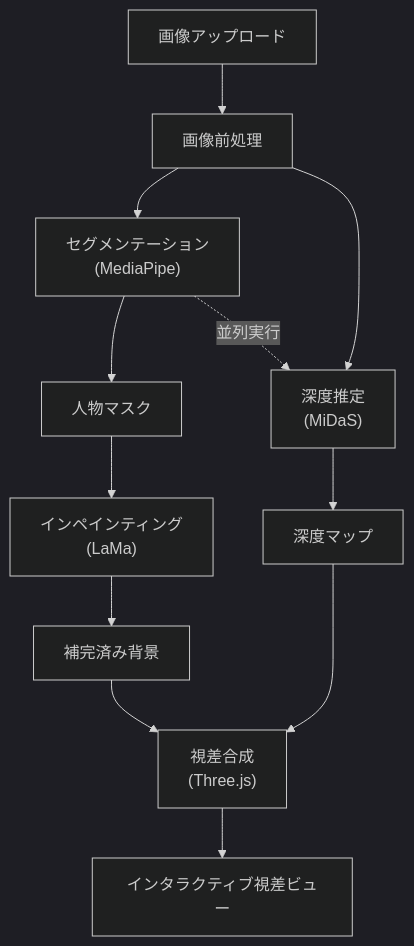
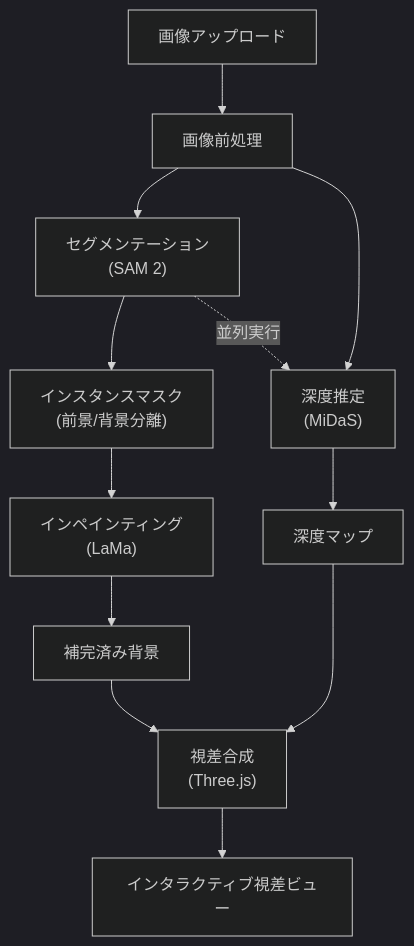
Before and after one commit to antaku66/parallax-image-generator: the first of 2 diagrams in docs/03-Pipeline.md, drawn with Mermaid. The commit also changed other lines of this file and 3 other files, not shown here.

````diff
--- a/docs/03-Pipeline.md
+++ b/docs/03-Pipeline.md
@@ -7,16 +7,16 @@
 ```mermaid
 %%{init: {'theme': 'dark'}}%%
 flowchart TD
     A["画像アップロード"] --> B["画像前処理"]
-    B --> C["セグメンテーション<br/>(MediaPipe)"]
+    B --> C["セグメンテーション<br/>(SAM 2)"]
     B --> D["深度推定<br/>(MiDaS)"]
-    C --> E["人物マスク"]
+    C --> E["インスタンスマスク<br/>(前景/背景分離)"]
     D --> F["深度マップ"]
     E --> G["インペインティング<br/>(LaMa)"]
     G --> H["補完済み背景"]
     H --> I["視差合成<br/>(Three.js)"]
     F --> I
     I --> J["インタラクティブ視差ビュー"]
 
     C -.->|並列実行| D
 ```
````
